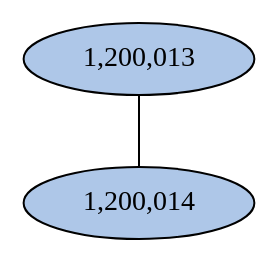
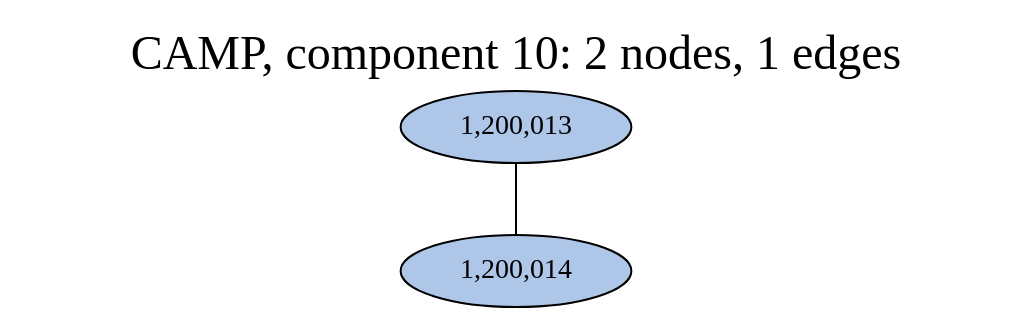
Before and after one commit to fedarko/sheepgut: the diagram in notebooks/graphs/CAMP_cc10.gv, drawn with Graphviz. The commit also changed 60 other files, not shown here.

```diff
--- a/notebooks/graphs/CAMP_cc10.gv
+++ b/notebooks/graphs/CAMP_cc10.gv
@@ -1,7 +1,10 @@
 graph CAMP_cc10 {
 	overlap="prism50";
 	outputorder="edgesfirst";
+	label="CAMP, component 10: 2 nodes, 1 edges";
+	labelloc="t";
+	fontsize=24;
 	"1,200,013" [style="filled", fillcolor="#aec7e8", fontcolor="#000000"];
 	"1,200,014" [style="filled", fillcolor="#aec7e8", fontcolor="#000000"];
 	"1,200,013" -- "1,200,014";
 }
```
